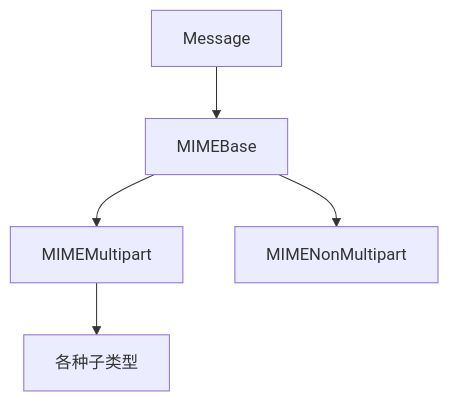
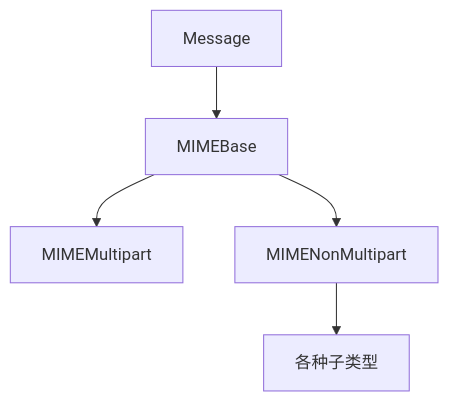
The diagram in _posts/Python/2019-12-28-Python邮件.md (acall-deng/acall-deng.github.io), drawn with Mermaid before and after one commit. The commit also changed other lines of this file, not shown here.

````diff
--- a/_posts/Python/2019-12-28-Python邮件.md
+++ b/_posts/Python/2019-12-28-Python邮件.md
@@ -113,12 +113,12 @@
 ```mermaid
 graph TD;
     A[Message]
     B[MIMEBase]
     C[MIMEMultipart]
     D[MIMENonMultipart]
     E[各种子类型]
     A-->B;
     B-->C;
     B-->D;
-    C-->E;
+    D-->E;
 ```
````
